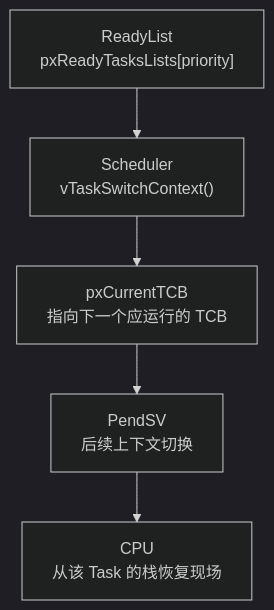
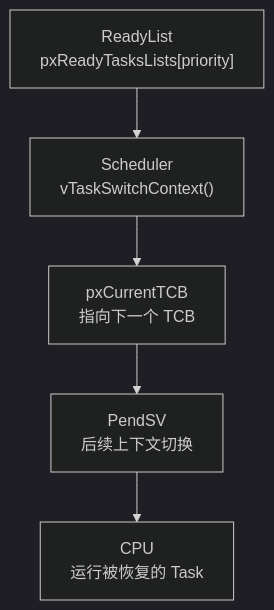
One commit to redamacy/embedded-system-notes changed the first of 9 diagrams in RTOS/003_FreeRTOS_Scheduler_ReadyList_Deep_Dive.md. Above: the diagram before and after it, drawn with Mermaid (dark theme). The commit also changed other lines of this file, not shown here.

````diff
--- a/RTOS/003_FreeRTOS_Scheduler_ReadyList_Deep_Dive.md
+++ b/RTOS/003_FreeRTOS_Scheduler_ReadyList_Deep_Dive.md
@@ -39,7 +12,7 @@
 ```mermaid
 flowchart TD
     A["ReadyList<br/>pxReadyTasksLists[priority]"] --> B["Scheduler<br/>vTaskSwitchContext()"]
-    B --> C["pxCurrentTCB<br/>指向下一个应运行的 TCB"]
+    B --> C["pxCurrentTCB<br/>指向下一个 TCB"]
     C --> D["PendSV<br/>后续上下文切换"]
-    D --> E["CPU<br/>从该 Task 的栈恢复现场"]
+    D --> E["CPU<br/>运行被恢复的 Task"]
 ```
````
